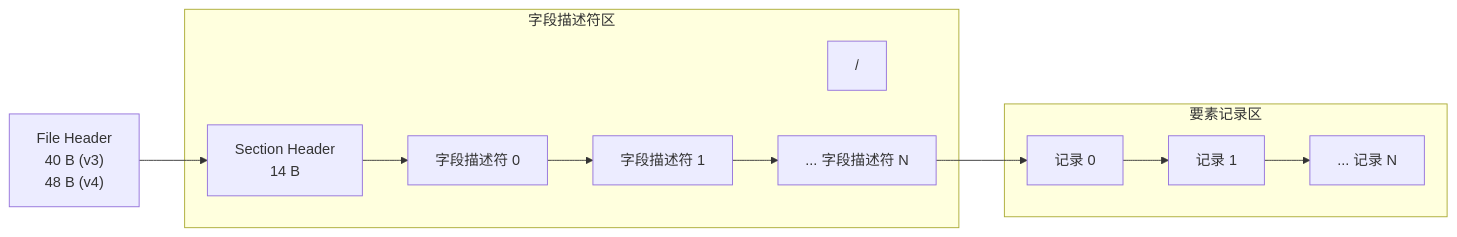
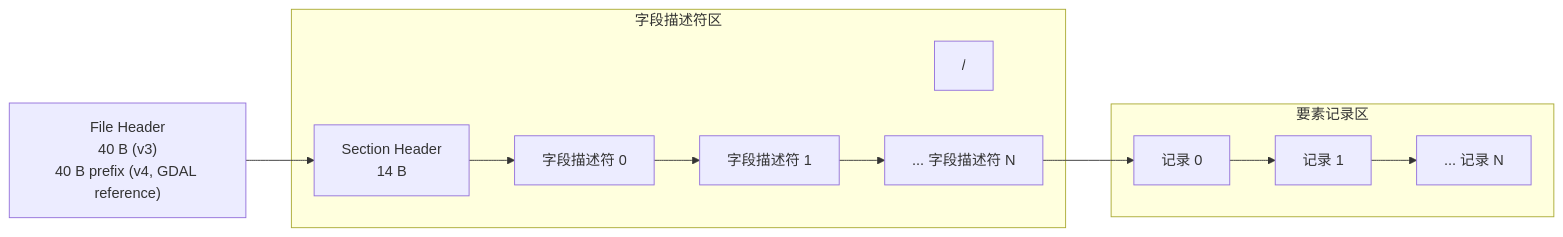
Before and after one commit to EdgarLQS/fast-gdb: the third of 37 diagrams in docs/gdb/08_GDB二进制格式图解教程.md, drawn with Mermaid. The commit also changed other lines of this file and 200 other files, not shown here.

````diff
--- a/docs/gdb/08_GDB二进制格式图解教程.md
+++ b/docs/gdb/08_GDB二进制格式图解教程.md
@@ -127,25 +127,25 @@
 ```mermaid
 graph LR
     subgraph "字段描述符区"
 /
 
         SH["Section Header<br/>14 B"]
         FD0["字段描述符 0"]
         FD1["字段描述符 1"]
         FDN["... 字段描述符 N"]
     end
 
     subgraph "要素记录区"
         R0["记录 0"]
         R1["记录 1"]
         RN["... 记录 N"]
     end
 
-    H["File Header<br/>40 B (v3)<br/>48 B (v4)"] --> SH
+    H["File Header<br/>40 B (v3)<br/>40 B prefix (v4, GDAL reference)"] --> SH
     SH --> FD0
     FD0 --> FD1
     FD1 --> FDN
     FDN --> R0
     R0 --> R1
     R1 --> RN
 ```
````
